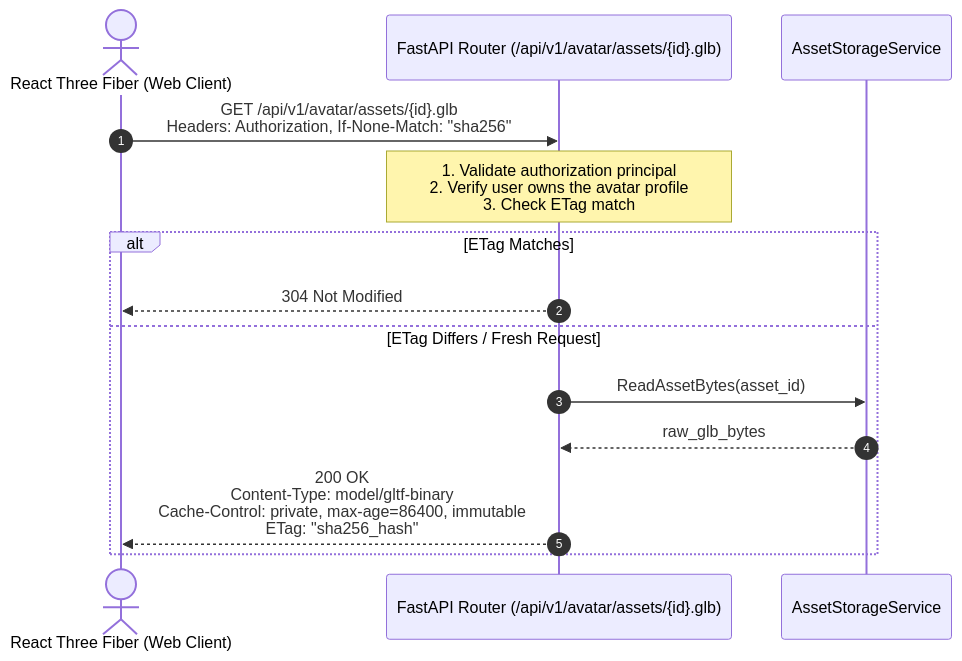
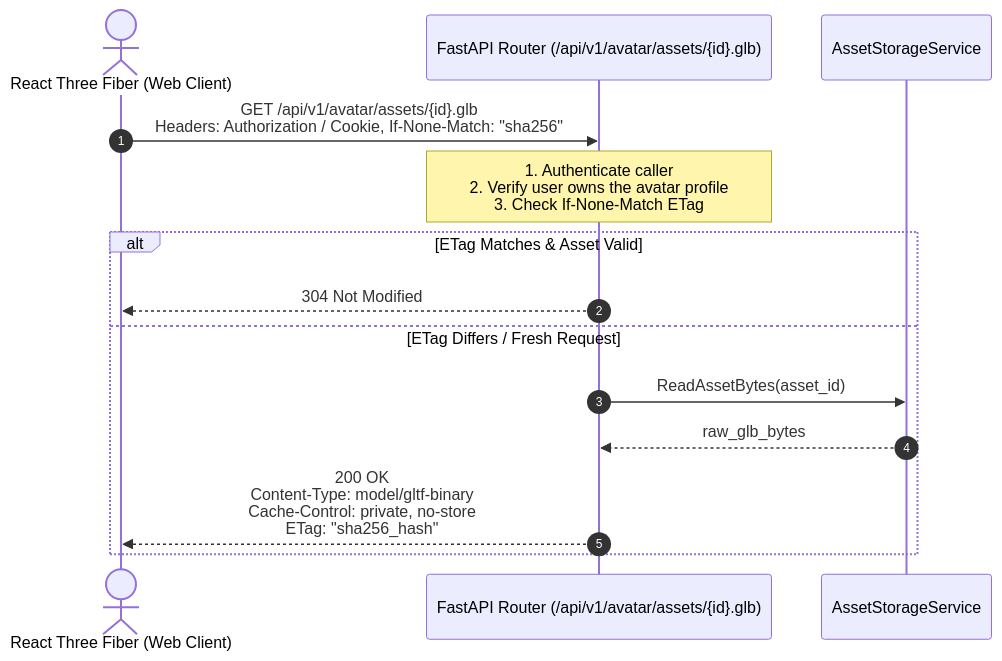
The fourth of 4 diagrams in WEARWISE-BODY-ENGINE/docs/architecture/SYSTEM_ARCHITECTURE.md (SnehaSwarnkar/WearWise), drawn with Mermaid before and after one commit. The commit also changed other lines of this file, not shown here.

Commit message:
docs(architecture): update SYSTEM_ARCHITECTURE.md with ShapeEvaluationPort and package structure (Rev 1.2)

````diff
--- a/WEARWISE-BODY-ENGINE/docs/architecture/SYSTEM_ARCHITECTURE.md
+++ b/WEARWISE-BODY-ENGINE/docs/architecture/SYSTEM_ARCHITECTURE.md
@@ -190,18 +188,18 @@
 ```mermaid
 sequenceDiagram
     autonumber
     actor Browser as React Three Fiber (Web Client)
     participant API as FastAPI Router (/api/v1/avatar/assets/{id}.glb)
     participant Storage as AssetStorageService
 
-    Browser->>API: GET /api/v1/avatar/assets/{id}.glb<br/>Headers: Authorization, If-None-Match: "sha256"
-    Note over API: 1. Validate authorization principal<br/>2. Verify user owns the avatar profile<br/>3. Check ETag match
+    Browser->>API: GET /api/v1/avatar/assets/{id}.glb<br/>Headers: Authorization / Cookie, If-None-Match: "sha256"
+    Note over API: 1. Authenticate caller<br/>2. Verify user owns the avatar profile<br/>3. Check If-None-Match ETag
     
-    alt ETag Matches
+    alt ETag Matches & Asset Valid
         API-->>Browser: 304 Not Modified
     else ETag Differs / Fresh Request
         API->>Storage: ReadAssetBytes(asset_id)
         Storage-->>API: raw_glb_bytes
-        API-->>Browser: 200 OK<br/>Content-Type: model/gltf-binary<br/>Cache-Control: private, max-age=86400, immutable<br/>ETag: "sha256_hash"
+        API-->>Browser: 200 OK<br/>Content-Type: model/gltf-binary<br/>Cache-Control: private, no-store<br/>ETag: "sha256_hash"
     end
 ```
````
